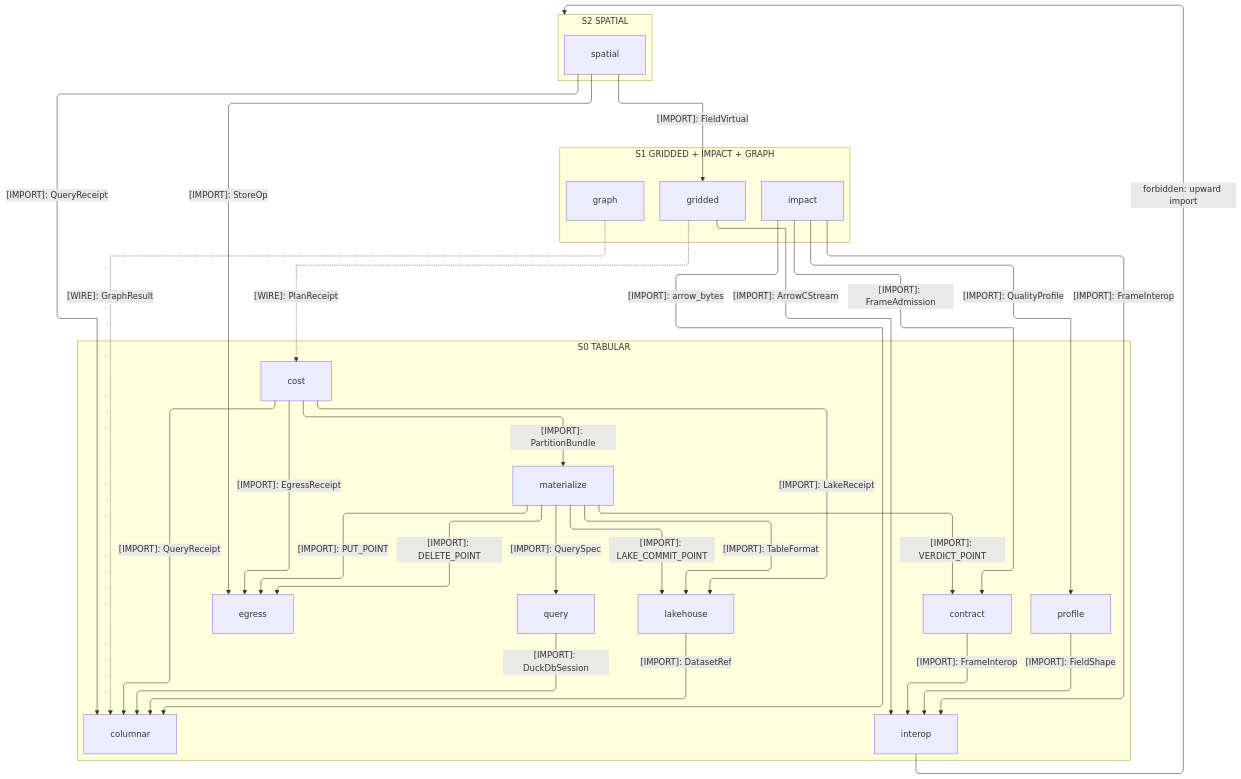
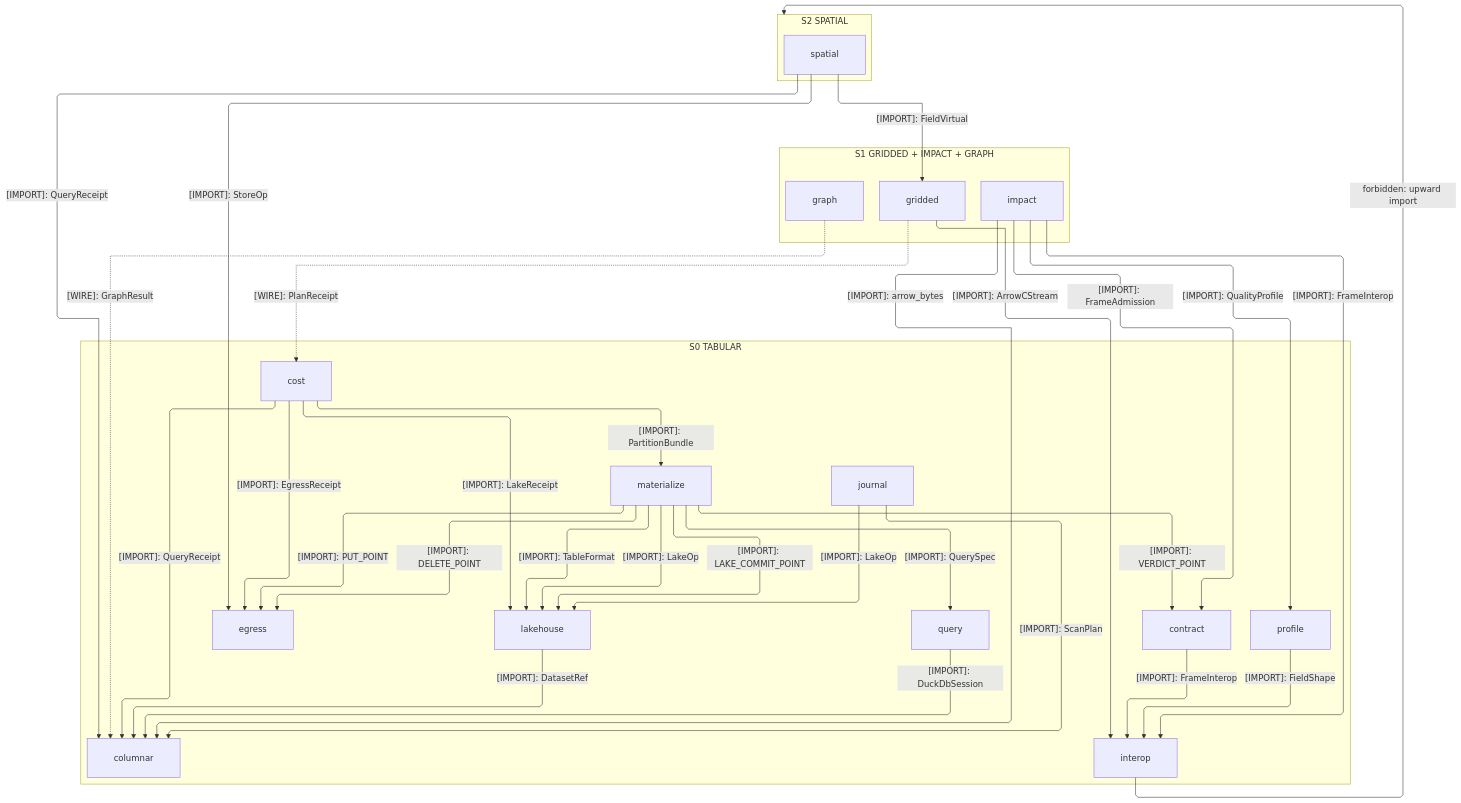
The first of 4 diagrams in libs/python/data/ARCHITECTURE.md (bsamiee/Rasm), drawn with Mermaid before and after one commit. The commit also changed other lines of this file and 189 other files, not shown here.

````diff
--- a/libs/python/data/ARCHITECTURE.md
+++ b/libs/python/data/ARCHITECTURE.md
@@ -40,58 +41,62 @@
 ```mermaid
 ---
 config:
   layout: elk
   flowchart:
     curve: linear
     padding: 25
 ---
 flowchart TB
     accTitle: Data interior import strata
     accDescr: Spatial composes the middle tier over the tabular floor; labeled edges name imported owners, and dashed edges carry wire data.
     subgraph D2["S2 SPATIAL"]
         Spatial[spatial]
     end
     subgraph D1["S1 GRIDDED + IMPACT + GRAPH"]
         Graph[graph]
         Impact[impact]
         Gridded[gridded]
     end
     subgraph D0["S0 TABULAR"]
+        Journal[journal]
         Cost[cost]
         Egress[egress]
         Materialize[materialize]
         Query[query]
         Lakehouse[lakehouse]
         Columnar[columnar]
         Contract[contract]
         Profile[profile]
         Interop[interop]
     end
     Spatial s1@-->|"[IMPORT]: QueryReceipt"| Columnar
     Spatial s2@-->|"[IMPORT]: StoreOp"| Egress
     Spatial s3@-->|"[IMPORT]: FieldVirtual"| Gridded
     Gridded s4@-->|"[IMPORT]: ArrowCStream"| Interop
     Impact s5@-->|"[IMPORT]: FrameAdmission"| Contract
     Impact s6@-->|"[IMPORT]: QualityProfile"| Profile
     Impact s7@-->|"[IMPORT]: FrameInterop"| Interop
     Impact s8@-->|"[IMPORT]: arrow_bytes"| Columnar
     Graph s9@-.->|"[WIRE]: GraphResult"| Columnar
+    Journal s26@-->|"[IMPORT]: LakeOp"| Lakehouse
+    Journal s27@-->|"[IMPORT]: ScanPlan"| Columnar
     Materialize s10@-->|"[IMPORT]: QuerySpec"| Query
     Materialize s11@-->|"[IMPORT]: TableFormat"| Lakehouse
+    Materialize s25@-->|"[IMPORT]: LakeOp"| Lakehouse
     Materialize s12@-->|"[IMPORT]: LAKE_COMMIT_POINT"| Lakehouse
     Materialize s13@-->|"[IMPORT]: VERDICT_POINT"| Contract
     Materialize s14@-->|"[IMPORT]: PUT_POINT"| Egress
     Materialize s15@-->|"[IMPORT]: DELETE_POINT"| Egress
     Query s16@-->|"[IMPORT]: DuckDbSession"| Columnar
     Lakehouse s17@-->|"[IMPORT]: DatasetRef"| Columnar
     Contract s18@-->|"[IMPORT]: FrameInterop"| Interop
     Profile s19@-->|"[IMPORT]: FieldShape"| Interop
     Cost s20@-->|"[IMPORT]: QueryReceipt"| Columnar
     Cost s21@-->|"[IMPORT]: LakeReceipt"| Lakehouse
     Cost s22@-->|"[IMPORT]: PartitionBundle"| Materialize
     Cost s23@-->|"[IMPORT]: EgressReceipt"| Egress
     Gridded s24@-.->|"[WIRE]: PlanReceipt"| Cost
     Spatial ~~~ Impact
     Spatial ~~~ Graph
     Interop f1@-->|"forbidden: upward import"| D2
 ```
````
